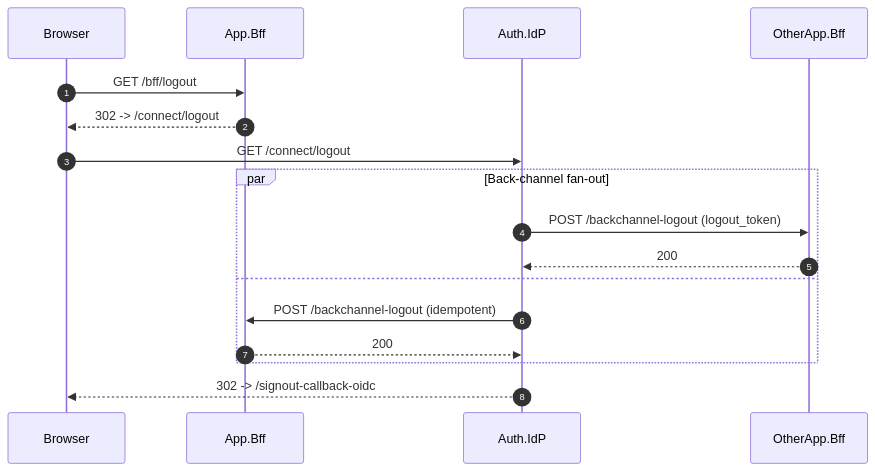
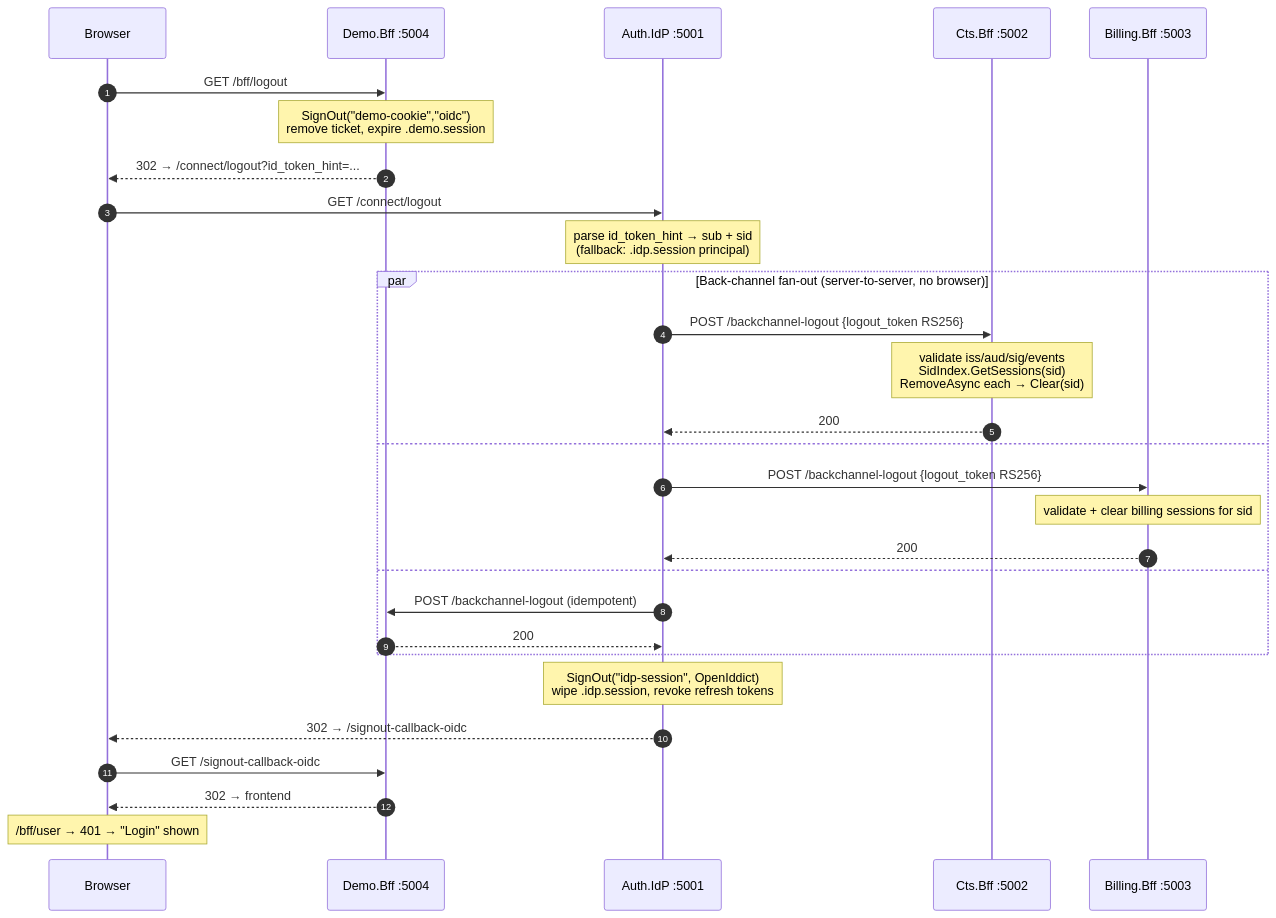
The fifth of 9 diagrams in docs/SSO-AUTH-FLOW-DIAGRAMS.md (Soumyadip-Dhara/AuthenticationService), drawn with Mermaid before and after one commit. The commit also changed other lines of this file and 2 other files, not shown here.

Commit message:
Add full Mermaid diagram doc and arrow-format step-by-step guide

````diff
--- a/docs/SSO-AUTH-FLOW-DIAGRAMS.md
+++ b/docs/SSO-AUTH-FLOW-DIAGRAMS.md
@@ -97,22 +179,36 @@
 ```mermaid
 sequenceDiagram
     autonumber
-    participant B as Browser
-    participant Bff as App.Bff
-    participant IdP as Auth.IdP
-    participant Other as OtherApp.Bff
+    participant B       as Browser
+    participant DemoBff as Demo.Bff :5004
+    participant IdP     as Auth.IdP :5001
+    participant CtsBff  as Cts.Bff  :5002
+    participant BillBff as Billing.Bff :5003
 
-    B->>Bff: GET /bff/logout
-    Bff-->>B: 302 -> /connect/logout
+    B->>DemoBff: GET /bff/logout
+    Note over DemoBff: SignOut("demo-cookie","oidc")<br/>remove ticket, expire .demo.session
+    DemoBff-->>B: 302 → /connect/logout?id_token_hint=...
+
     B->>IdP: GET /connect/logout
+    Note over IdP: parse id_token_hint → sub + sid<br/>(fallback: .idp.session principal)
 
-    par Back-channel fan-out
-        IdP->>Other: POST /backchannel-logout (logout_token)
-        Other-->>IdP: 200
+    par Back-channel fan-out (server-to-server, no browser)
+        IdP->>CtsBff: POST /backchannel-logout {logout_token RS256}
+        Note over CtsBff: validate iss/aud/sig/events<br/>SidIndex.GetSessions(sid)<br/>RemoveAsync each → Clear(sid)
+        CtsBff-->>IdP: 200
     and
-        IdP->>Bff: POST /backchannel-logout (idempotent)
-        Bff-->>IdP: 200
+        IdP->>BillBff: POST /backchannel-logout {logout_token RS256}
+        Note over BillBff: validate + clear billing sessions for sid
+        BillBff-->>IdP: 200
+    and
+        IdP->>DemoBff: POST /backchannel-logout (idempotent)
+        DemoBff-->>IdP: 200
     end
 
-    IdP-->>B: 302 -> /signout-callback-oidc
+    Note over IdP: SignOut("idp-session", OpenIddict)<br/>wipe .idp.session, revoke refresh tokens
+    IdP-->>B: 302 → /signout-callback-oidc
+
+    B->>DemoBff: GET /signout-callback-oidc
+    DemoBff-->>B: 302 → frontend
+    Note over B: /bff/user → 401 → "Login" shown
 ```
````
